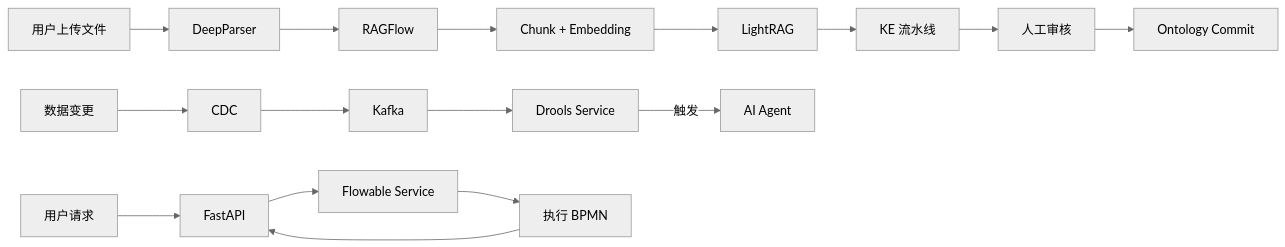
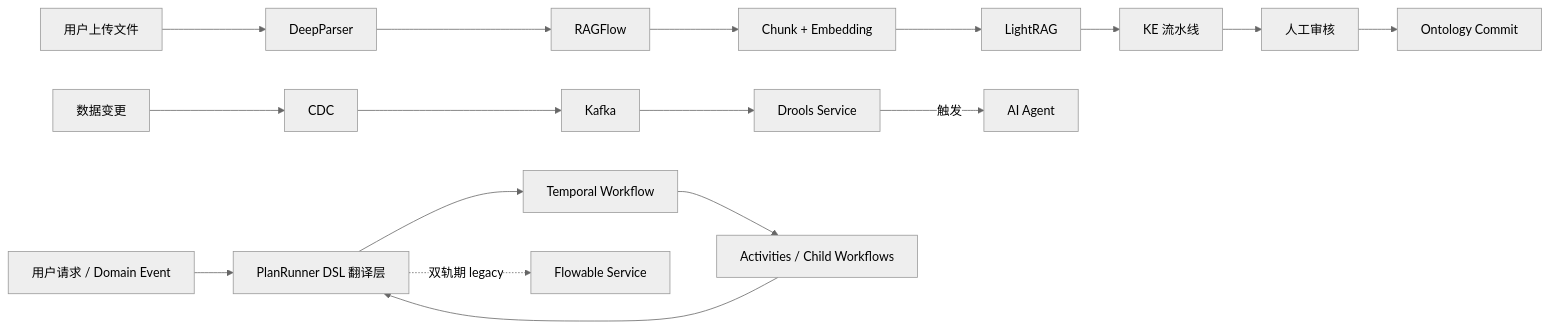
The third of 4 diagrams in docs/active/specs/2026-07-27-mate-platform-architecture-implementation.md (Bert0000000000/MetaPlatform), drawn with Mermaid (neutral theme) before and after one commit. The commit also changed other lines of this file and 107 other files, not shown here.

````diff
--- a/docs/active/specs/2026-07-27-mate-platform-architecture-implementation.md
+++ b/docs/active/specs/2026-07-27-mate-platform-architecture-implementation.md
@@ -476,20 +533,21 @@
 ```mermaid
 flowchart LR
     A[用户上传文件] --> B[DeepParser]
     B --> C[RAGFlow]
     C --> D[Chunk + Embedding]
     D --> E[LightRAG]
     E --> F[KE 流水线]
     F --> G[人工审核]
     G --> H[Ontology Commit]
 
     I[数据变更] --> J[CDC]
     J --> K[Kafka]
     K --> L[Drools Service]
     L -->|触发| M[AI Agent]
 
-    N[用户请求] --> O[FastAPI]
-    O --> P[Flowable Service]
-    P --> Q[执行 BPMN]
+    N[用户请求 / Domain Event] --> O[PlanRunner DSL 翻译层]
+    O --> P[Temporal Workflow]
+    P --> Q[Activities / Child Workflows]
     Q --> O
+    O -. 双轨期 legacy .-> R[Flowable Service]
 ```
````
